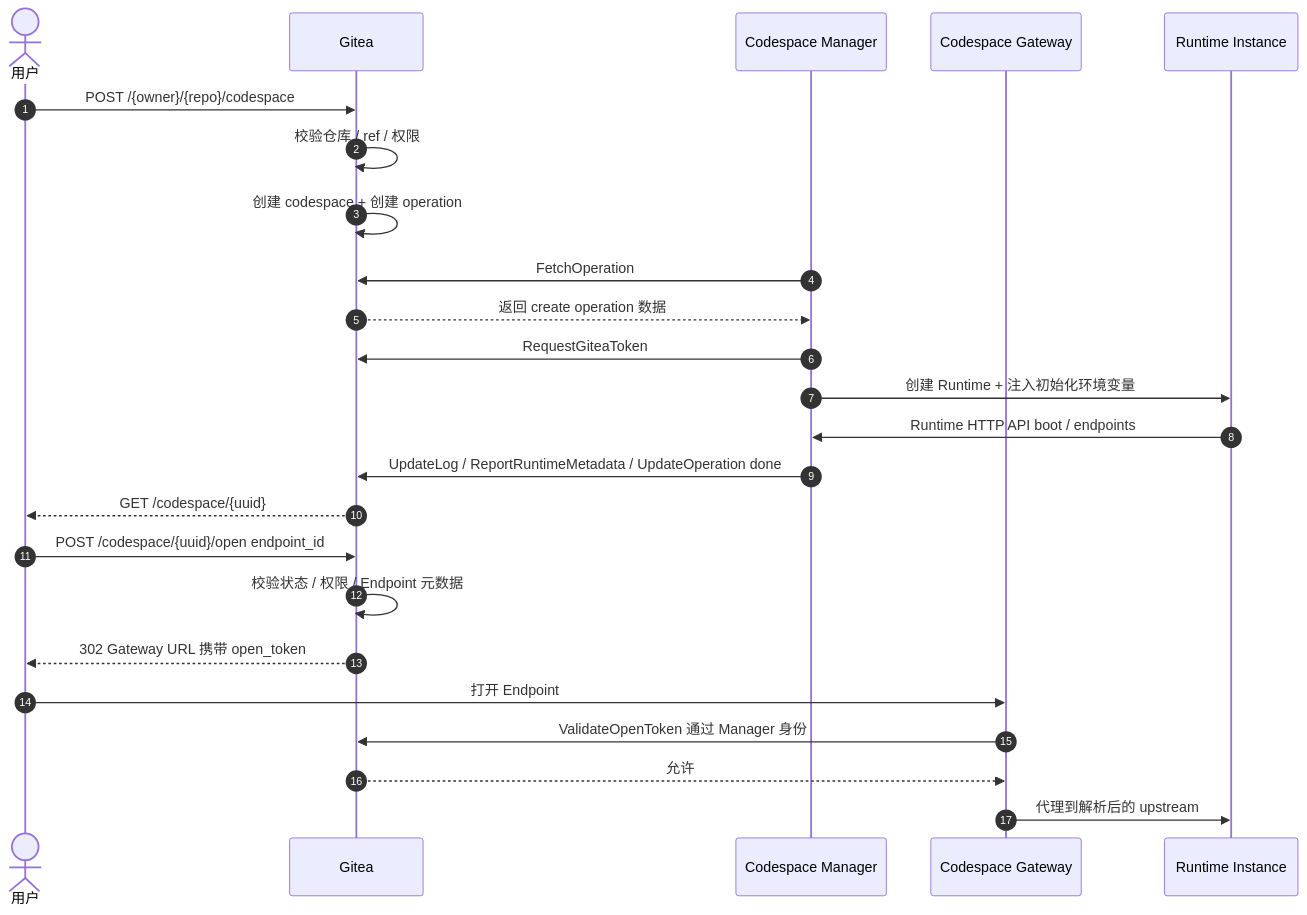
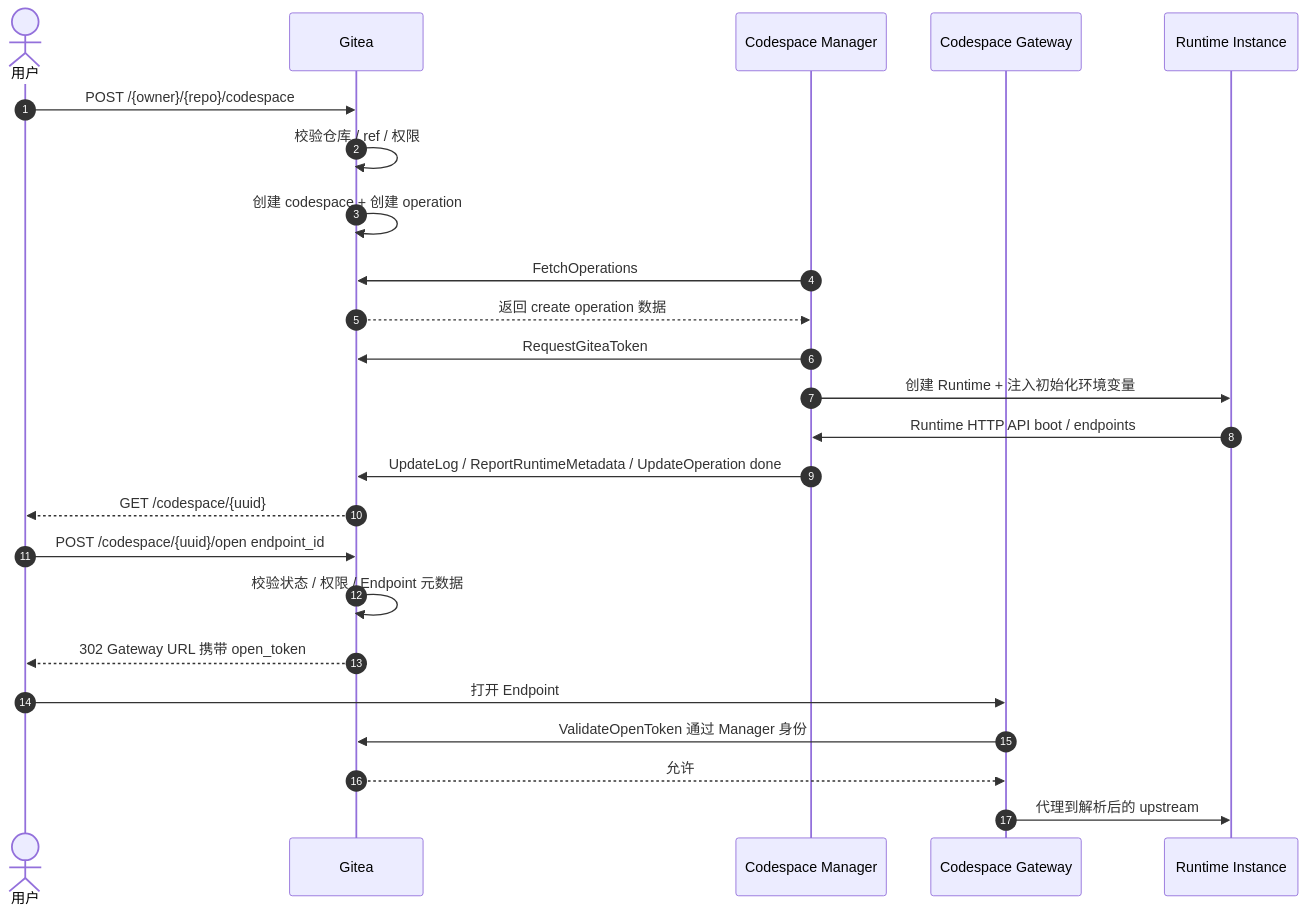
One commit to ExplodingDragon/gitea-dev changed the second of 2 diagrams in src/README.md. Above: the diagram before and after it, drawn with Mermaid. The commit also changed other lines of this file and 9 other files, not shown here.

````diff
--- a/src/README.md
+++ b/src/README.md
@@ -81,28 +81,28 @@
 ```mermaid
 sequenceDiagram
     autonumber
     actor User as 用户
     participant Gitea
     participant Manager as Codespace Manager
     participant Gateway as Codespace Gateway
     participant Runtime as Runtime Instance
 
     User->>Gitea: POST /{owner}/{repo}/codespace
     Gitea->>Gitea: 校验仓库 / ref / 权限
     Gitea->>Gitea: 创建 codespace + 创建 operation
-    Manager->>Gitea: FetchOperation
+    Manager->>Gitea: FetchOperations
     Gitea-->>Manager: 返回 create operation 数据
     Manager->>Gitea: RequestGiteaToken
     Manager->>Runtime: 创建 Runtime + 注入初始化环境变量
     Runtime->>Manager: Runtime HTTP API boot / endpoints
     Manager->>Gitea: UpdateLog / ReportRuntimeMetadata / UpdateOperation done
     Gitea-->>User: GET /codespace/{uuid}
 
     User->>Gitea: POST /codespace/{uuid}/open endpoint_id
     Gitea->>Gitea: 校验状态 / 权限 / Endpoint 元数据
     Gitea-->>User: 302 Gateway URL 携带 open_token
     User->>Gateway: 打开 Endpoint
     Gateway->>Gitea: ValidateOpenToken 通过 Manager 身份
     Gitea-->>Gateway: 允许
     Gateway->>Runtime: 代理到解析后的 upstream
 ```
````
